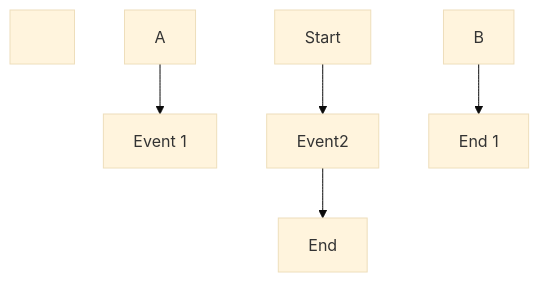
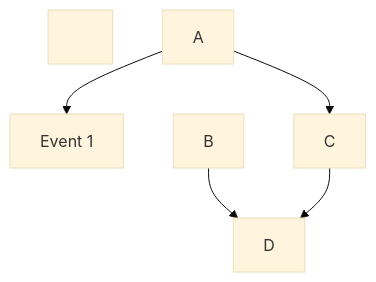
Before and after one commit to LbsLundAW/DiceGame-Examples: the diagram in README.md, drawn with Mermaid (base theme).

````diff
--- a/README.md
+++ b/README.md
@@ -7,13 +7,13 @@
 ```mermaid
 
 flowchart TD
 
 &nbsp;	A-->B\["Event 1"]
 
-&nbsp;	Start-->Event2
+&nbsp;	A-->C
 
-&nbsp;	B-->End\[End 1]
+&nbsp;	B-->D
 
-&nbsp;	Event2-->End
+&nbsp;	C-->D
 
 ```
````
